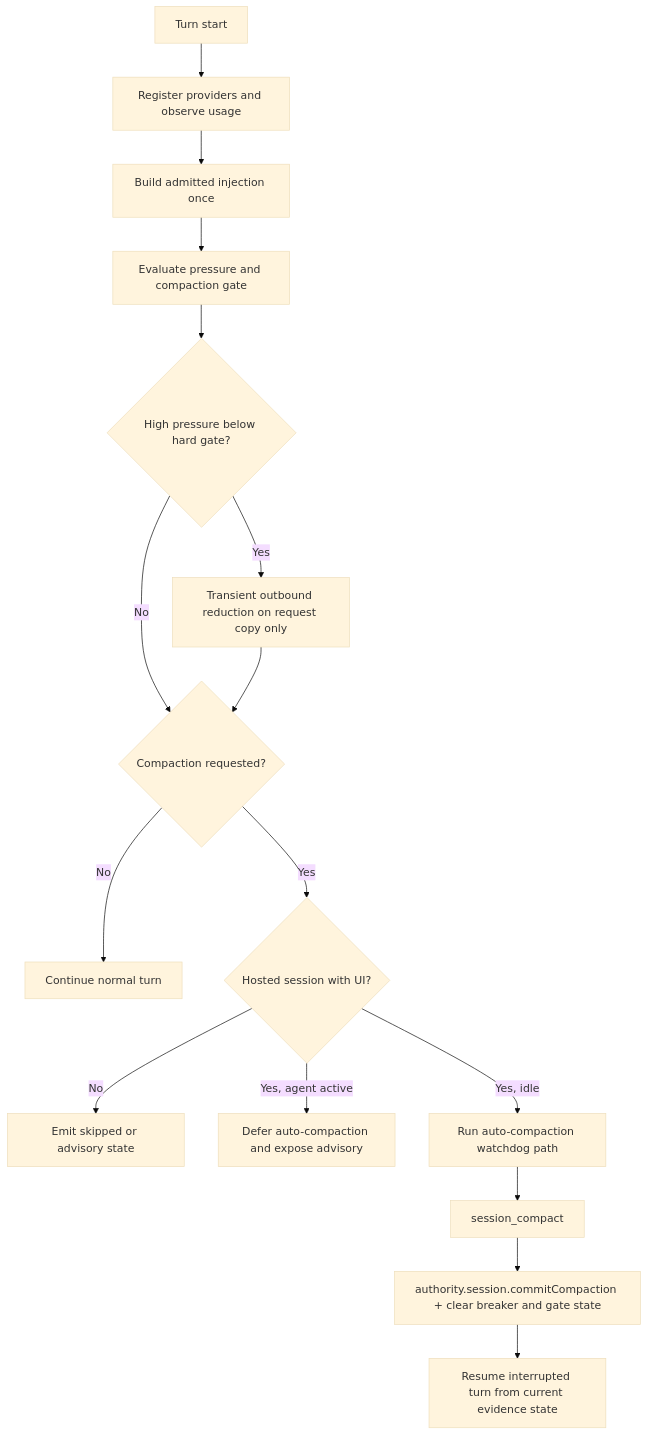
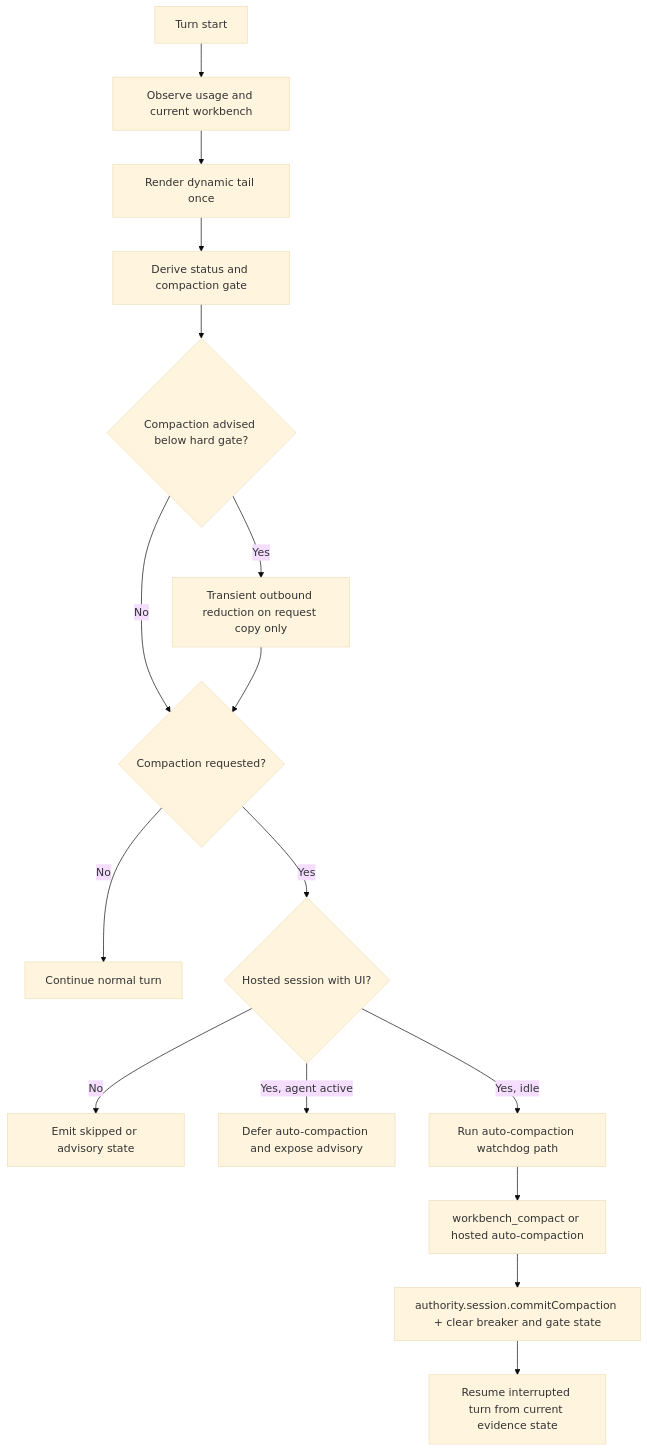
The diagram in docs/journeys/internal/context-and-compaction.md (arcthur/brewva), drawn with Mermaid (base theme) before and after one commit. The commit also changed other lines of this file and 523 other files, not shown here.

````diff
--- a/docs/journeys/internal/context-and-compaction.md
+++ b/docs/journeys/internal/context-and-compaction.md
@@ -40,18 +41,18 @@
 ```mermaid
 flowchart TD
-  A["Turn start"] --> B["Register providers and observe usage"]
-  B --> C["Build admitted injection once"]
-  C --> D["Evaluate pressure and compaction gate"]
-  D --> R{"High pressure below hard gate?"}
+  A["Turn start"] --> B["Observe usage and current workbench"]
+  B --> C["Render dynamic tail once"]
+  C --> D["Derive status and compaction gate"]
+  D --> R{"Compaction advised below hard gate?"}
   R -->|Yes| S["Transient outbound reduction on request copy only"]
   R -->|No| E{"Compaction requested?"}
   S --> E
   E -->|No| F["Continue normal turn"]
   E -->|Yes| G{"Hosted session with UI?"}
   G -->|No| H["Emit skipped or advisory state"]
   G -->|Yes, agent active| I["Defer auto-compaction and expose advisory"]
   G -->|Yes, idle| J["Run auto-compaction watchdog path"]
-  J --> K["session_compact"]
+  J --> K["workbench_compact or hosted auto-compaction"]
   K --> L["authority.session.commitCompaction + clear breaker and gate state"]
   L --> M["Resume interrupted turn from current evidence state"]
 ```
````
